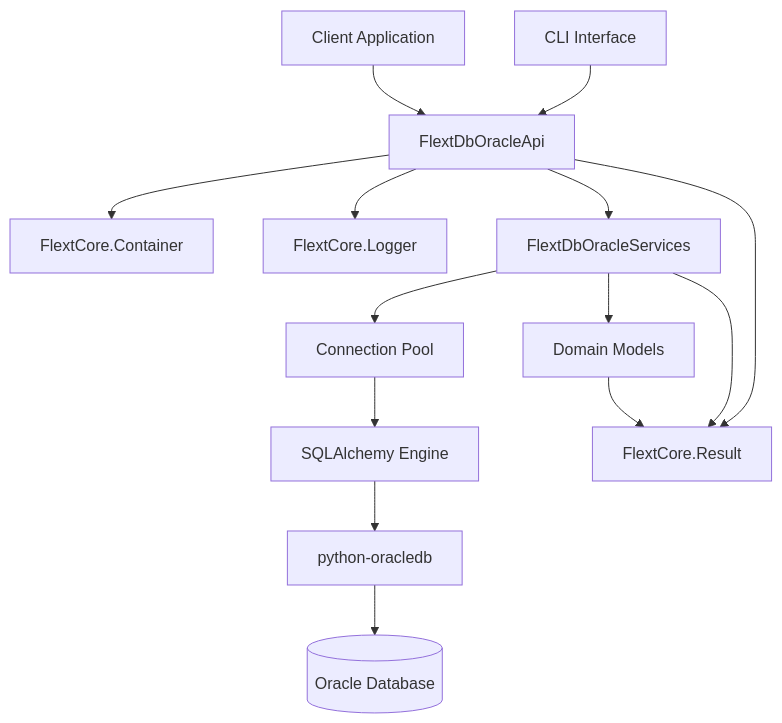
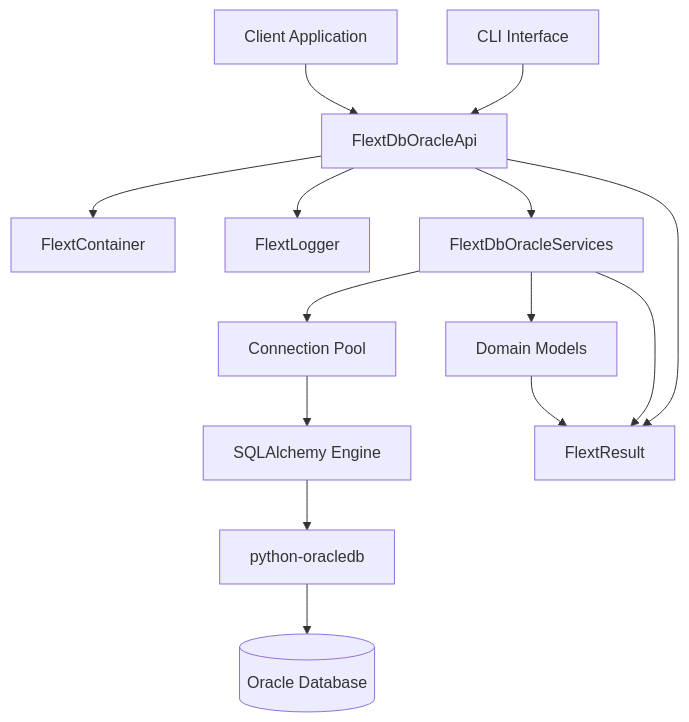
Before and after one commit to flext-sh/flext-db-oracle: the diagram in docs/architecture.md, drawn with Mermaid. The commit also changed other lines of this file and 52 other files, not shown here.

````diff
--- a/docs/architecture.md
+++ b/docs/architecture.md
@@ -58,20 +58,20 @@
 ```mermaid
 graph TB
     Client[Client Application] --> API[FlextDbOracleApi]
     CLI[CLI Interface] --> API
 
-    API --> Container[FlextCore.Container]
-    API --> Logger[FlextCore.Logger]
+    API --> Container[FlextContainer]
+    API --> Logger[FlextLogger]
     API --> Services[FlextDbOracleServices]
 
     Services --> Models[Domain Models]
     Services --> Connection[Connection Pool]
 
     Connection --> SQLAlchemy[SQLAlchemy Engine]
     SQLAlchemy --> Driver[python-oracledb]
     Driver --> Oracle[(Oracle Database)]
 
-    Models --> Result[FlextCore.Result<T>]
+    Models --> Result[FlextResult<T>]
     Services --> Result
     API --> Result
 ```
````
